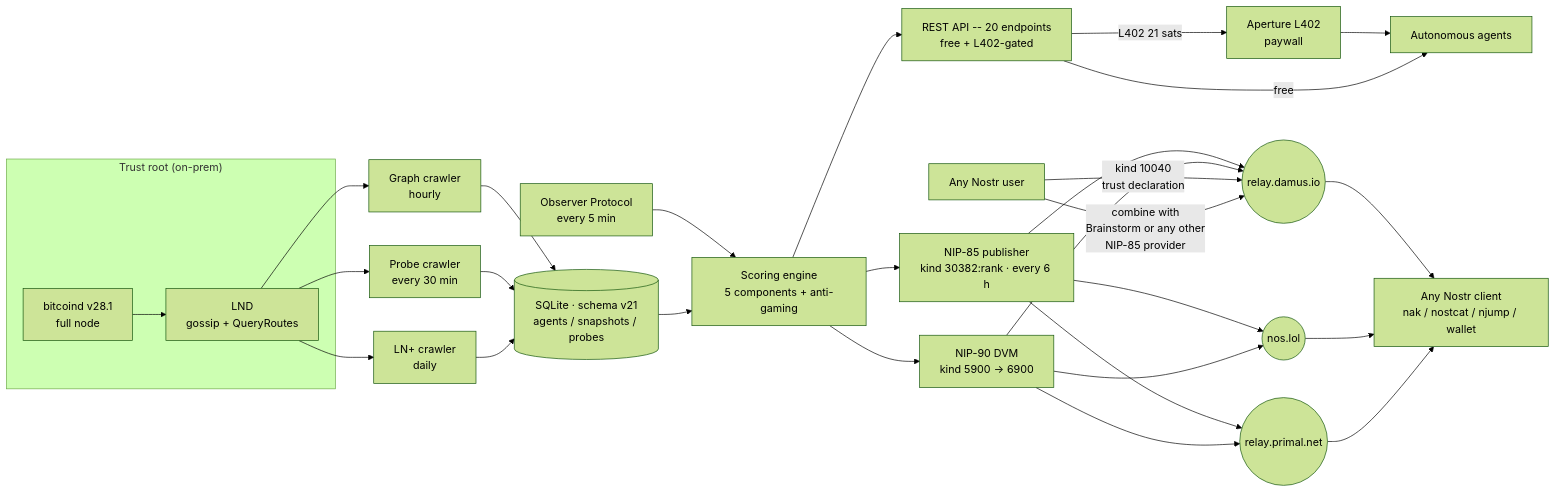
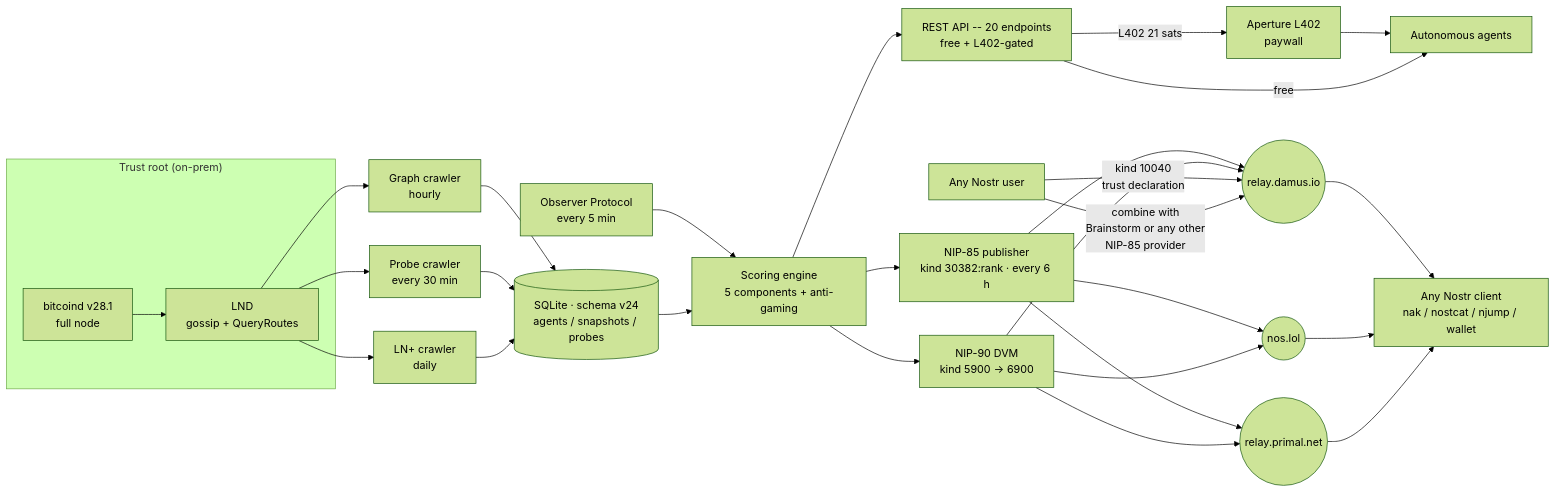
The diagram in IMPACT-STATEMENT-FULL.md (proofoftrust21/satrank), drawn with Mermaid (forest theme) before and after one commit. The commit also changed other lines of this file and 5 other files, not shown here.

````diff
--- a/IMPACT-STATEMENT-FULL.md
+++ b/IMPACT-STATEMENT-FULL.md
@@ -47,41 +47,41 @@
 ```mermaid
 flowchart LR
   subgraph TrustRoot["Trust root (on-prem)"]
     BTC[bitcoind v28.1<br/>full node]
     LND[LND<br/>gossip + QueryRoutes]
   end
 
   BTC --> LND
 
   LND --> GC[Graph crawler<br/>hourly]
   LND --> PC[Probe crawler<br/>every 30 min]
   LND --> LP[LN+ crawler<br/>daily]
   OBS[Observer Protocol<br/>every 5 min] --> SE
 
-  GC --> DB[(SQLite · schema v21<br/>agents / snapshots / probes)]
+  GC --> DB[(SQLite · schema v24<br/>agents / snapshots / probes)]
   PC --> DB
   LP --> DB
 
   DB --> SE[Scoring engine<br/>5 components + anti-gaming]
 
   SE --> API[REST API -- 20 endpoints<br/>free + L402-gated]
   SE --> NP[NIP-85 publisher<br/>kind 30382:rank · every 6 h]
   SE --> DVM[NIP-90 DVM<br/>kind 5900 → 6900]
 
   NP --> R1((relay.damus.io))
   NP --> R2((nos.lol))
   NP --> R3((relay.primal.net))
   DVM --> R1
   DVM --> R2
   DVM --> R3
 
   API -->|L402 21 sats| L402[Aperture L402<br/>paywall]
   L402 --> AGENTS[Autonomous agents]
   API -->|free| AGENTS
   R1 --> CLIENTS[Any Nostr client<br/>nak / nostcat / njump / wallet]
   R2 --> CLIENTS
   R3 --> CLIENTS
 
   USER[Any Nostr user] -->|kind 10040<br/>trust declaration| R1
   USER -->|combine with<br/>Brainstorm or any other<br/>NIP-85 provider| R1
 ```
````
